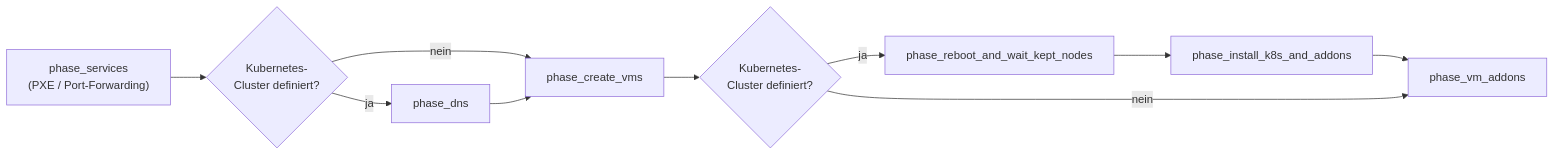
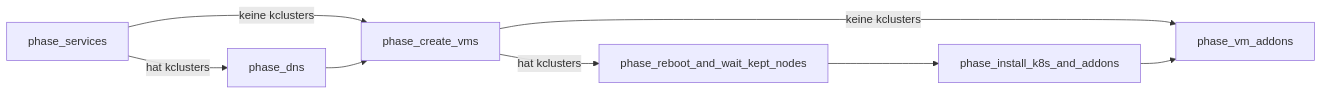
Before and after one commit to rmahique/lab-in-a-box: the second of 5 diagrams in README.de.md, drawn with Mermaid. The commit also changed other lines of this file and 7 other files, not shown here.

````diff
--- a/README.de.md
+++ b/README.de.md
@@ -140,12 +135,10 @@
 ```mermaid
 flowchart LR
-    A["phase_services<br/>(PXE / Port-Forwarding)"] --> B{"Kubernetes-<br/>Cluster definiert?"}
-    B -- ja --> C["phase_dns"]
-    B -- nein --> D["phase_create_vms"]
-    C --> D
-    D --> E{"Kubernetes-<br/>Cluster definiert?"}
-    E -- ja --> F["phase_reboot_and_wait_kept_nodes"]
+    A["phase_services"] -->|"hat kclusters"| C["phase_dns"]
+    A -->|"keine kclusters"| D["phase_create_vms"]
+    C --> D["phase_create_vms"]
+    D -->|"hat kclusters"| F["phase_reboot_and_wait_kept_nodes"]
+    D -->|"keine kclusters"| H["phase_vm_addons"]
     F --> G["phase_install_k8s_and_addons"]
     G --> H["phase_vm_addons"]
-    E -- nein --> H
 ```
````
